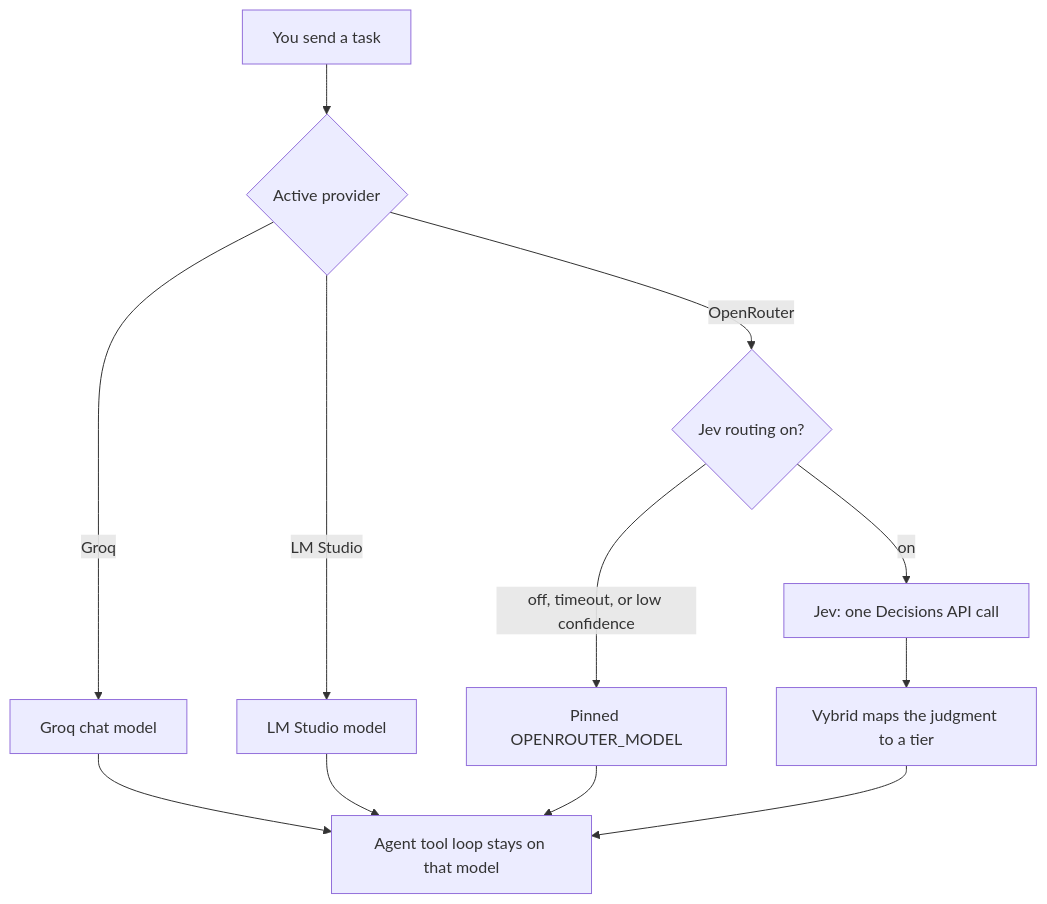
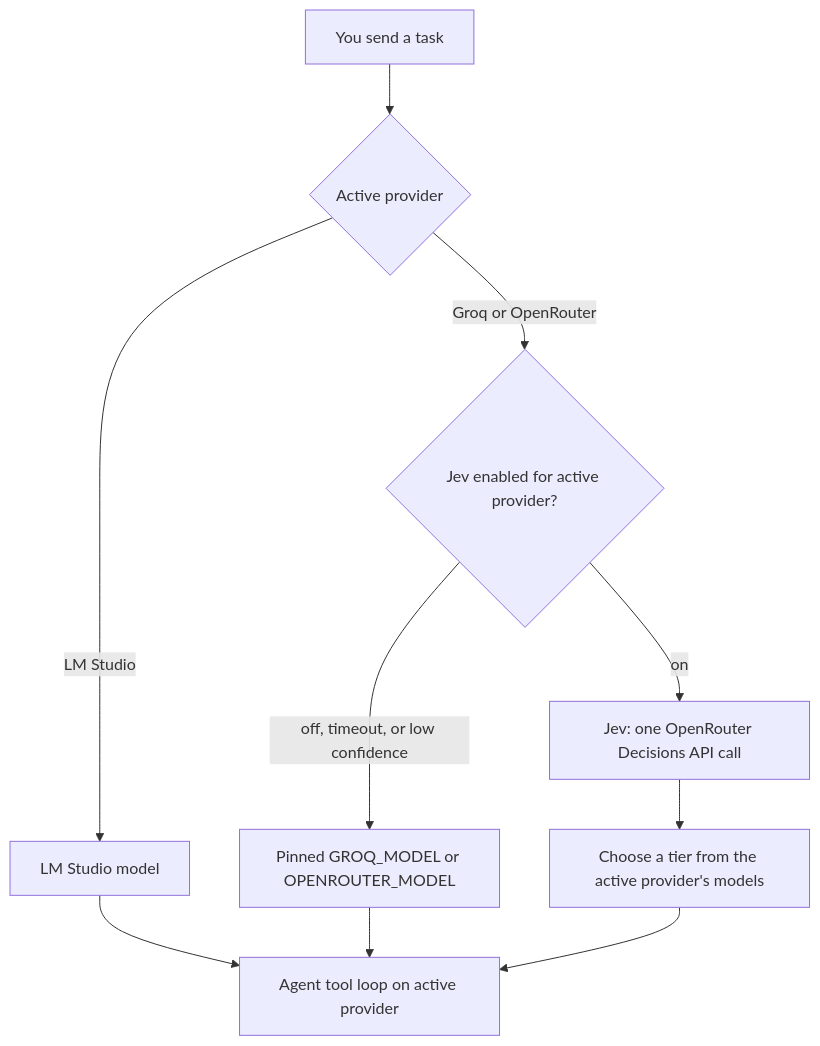
One commit to SampleBias/vybrid changed the first of 2 diagrams in README.md. Above: the diagram before and after it, drawn with Mermaid. The commit also changed other lines of this file and 9 other files, not shown here.

Commit message:
Add Groq model discovery and Jev routing

````diff
--- a/README.md
+++ b/README.md
@@ -180,19 +215,17 @@
 ```mermaid
 flowchart TD
   prompt[You send a task]
   provider{Active provider}
-  groq[Groq chat model]
   localModel[LM Studio model]
-  jevOn{Jev routing on?}
-  pinned[Pinned OPENROUTER_MODEL]
-  decisions["Jev: one Decisions API call"]
-  policy[Vybrid maps the judgment to a tier]
-  loop[Agent tool loop stays on that model]
+  jevOn{Jev enabled for active provider?}
+  pinned[Pinned GROQ_MODEL or OPENROUTER_MODEL]
+  decisions["Jev: one OpenRouter Decisions API call"]
+  policy[Choose a tier from the active provider's models]
+  loop[Agent tool loop on active provider]
 
   prompt --> provider
-  provider -->|Groq| groq --> loop
   provider -->|LM Studio| localModel --> loop
-  provider -->|OpenRouter| jevOn
+  provider -->|Groq or OpenRouter| jevOn
   jevOn -->|"off, timeout, or low confidence"| pinned --> loop
   jevOn -->|on| decisions --> policy --> loop
 ```
````
